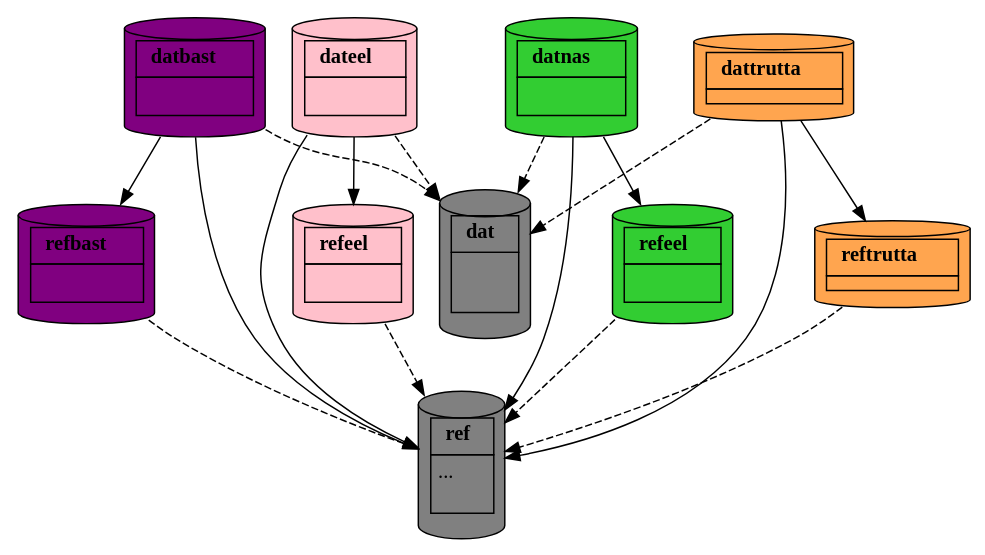
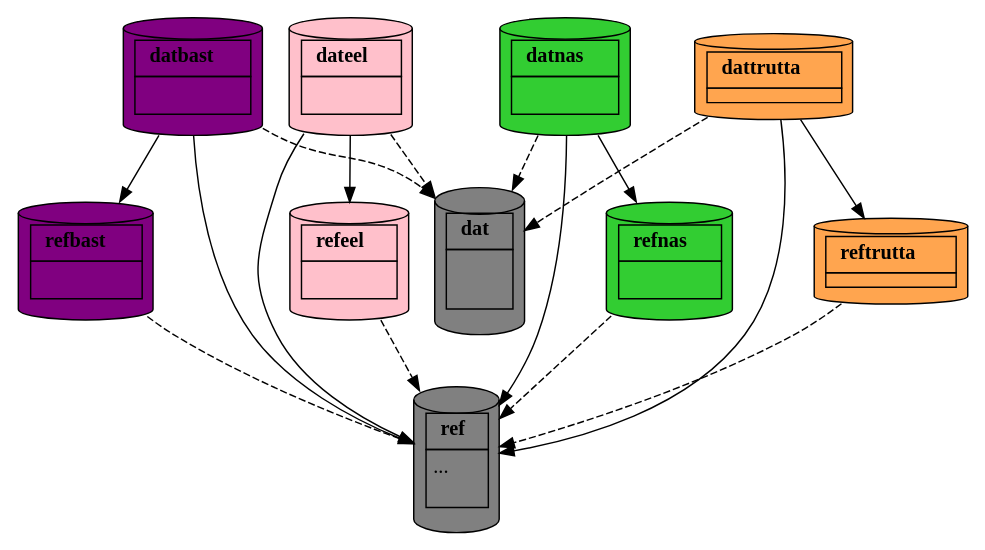
The second of 4 diagrams in R/final_presentation_metric_and_stock.qmd (DIASPARAproject/WP3_migdb), drawn with Graphviz before and after one commit. The commit also changed other lines of this file and 10 other files, not shown here.

```diff
--- a/R/final_presentation_metric_and_stock.qmd
+++ b/R/final_presentation_metric_and_stock.qmd
@@ -378,7 +378,7 @@
 
 refnas [fillcolor="limegreen"
 label=<<table border="0" cellborder="1" cellspacing="0" cellpadding="4">
-<tr> <td> <b>refeel</b> </td> </tr>
+<tr> <td> <b>refnas</b> </td> </tr>
 <tr> <td align="left">
 <br align="left"/>
 </td> </tr> 
```
